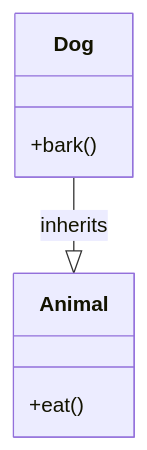
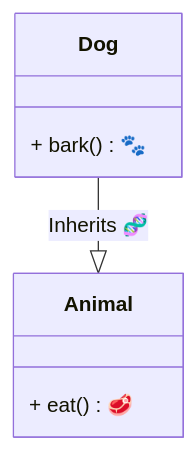
Before and after one commit to infoyouth/infoyouth.github.io: the sixth of 7 diagrams in _posts/2024-12-16-08.-oops-in-java.md, drawn with Mermaid. The commit also changed other lines of this file and 1 other file, not shown here.

````diff
--- a/_posts/2024-12-16-08.-oops-in-java.md
+++ b/_posts/2024-12-16-08.-oops-in-java.md
@@ -654,10 +754,12 @@
-    ```mermaid
-    classDiagram
-        class Animal{
-            +eat()
-        }
-        class Dog{
-            +bark()
-        }
-        Dog --|> Animal : inherits
-    ```
+  ```mermaid
+      classDiagram
+          %% Node Styles
+          class Animal {
+              + eat() 🥩
+          }
+          class Dog {
+              + bark() 🐾
+          }
+          Dog --|> Animal : Inherits 🧬
+
+  ```
````
